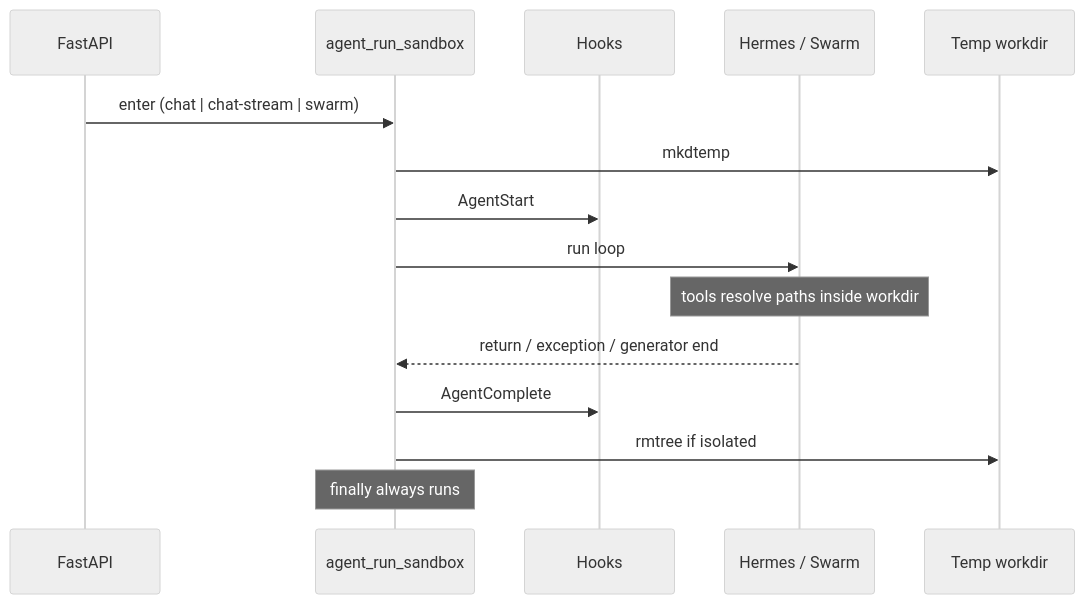
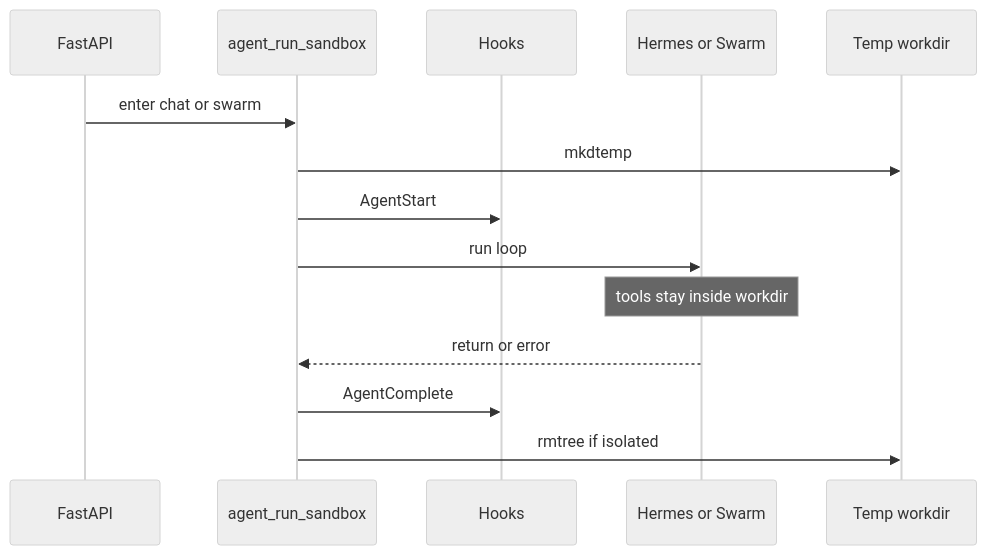
One commit to zxspring21/localAIAgent changed the fourth of 10 diagrams in docs/ARCHITECTURE.md. Above: the diagram before and after it, drawn with Mermaid (neutral theme). The commit also changed other lines of this file and 10 other files, not shown here.

````diff
--- a/docs/ARCHITECTURE.md
+++ b/docs/ARCHITECTURE.md
@@ -159,18 +156,17 @@
 ```mermaid
 sequenceDiagram
-    participant API as FastAPI
-    participant SB as agent_run_sandbox
-    participant H as Hooks
-    participant AG as Hermes / Swarm
-    participant FS as Temp workdir
+  participant API as FastAPI
+  participant SB as agent_run_sandbox
+  participant H as Hooks
+  participant AG as Hermes or Swarm
+  participant FS as Temp workdir
 
-    API->>SB: enter (chat | chat-stream | swarm)
-    SB->>FS: mkdtemp
-    SB->>H: AgentStart
-    SB->>AG: run loop
-    Note over AG: tools resolve paths inside workdir
-    AG-->>SB: return / exception / generator end
-    SB->>H: AgentComplete
-    SB->>FS: rmtree if isolated
-    Note over SB: finally always runs
+  API->>SB: enter chat or swarm
+  SB->>FS: mkdtemp
+  SB->>H: AgentStart
+  SB->>AG: run loop
+  Note over AG: tools stay inside workdir
+  AG-->>SB: return or error
+  SB->>H: AgentComplete
+  SB->>FS: rmtree if isolated
 ```
````
